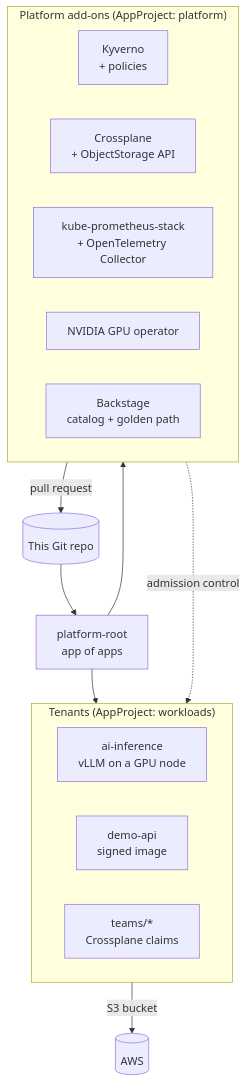
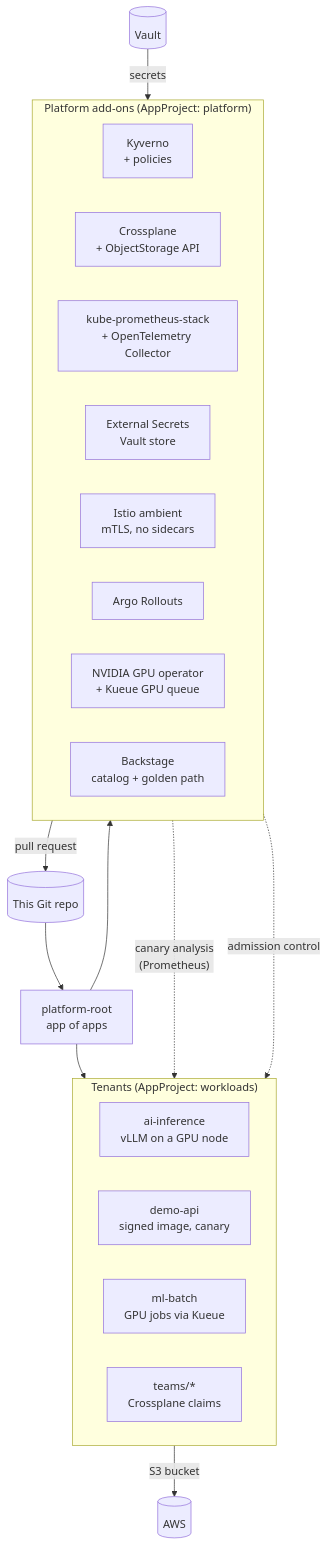
One commit to Engdarwish2019/platform-gitops changed the diagram in README.md. Above: the diagram before and after it, drawn with Mermaid. The commit also changed other lines of this file and 40 other files, not shown here.

````diff
--- a/README.md
+++ b/README.md
@@ -19,25 +22,31 @@
 ```mermaid
 flowchart TB
     git[(This Git repo)] --> root["platform-root<br/>app of apps"]
     root --> addons & tenants
 
     subgraph addons["Platform add-ons (AppProject: platform)"]
         direction LR
         kyv["Kyverno<br/>+ policies"]
         xp["Crossplane<br/>+ ObjectStorage API"]
         obs["kube-prometheus-stack<br/>+ OpenTelemetry Collector"]
-        gpu["NVIDIA GPU operator"]
+        eso["External Secrets<br/>Vault store"]
+        mesh["Istio ambient<br/>mTLS, no sidecars"]
+        ro["Argo Rollouts"]
+        gpu["NVIDIA GPU operator<br/>+ Kueue GPU queue"]
         bs["Backstage<br/>catalog + golden path"]
     end
 
     subgraph tenants["Tenants (AppProject: workloads)"]
         direction LR
         ai["ai-inference<br/>vLLM on a GPU node"]
-        demo["demo-api<br/>signed image"]
+        demo["demo-api<br/>signed image, canary"]
+        batch["ml-batch<br/>GPU jobs via Kueue"]
         claims["teams/*<br/>Crossplane claims"]
     end
 
     bs -- "pull request" --> git
     claims -- "S3 bucket" --> aws[(AWS)]
+    vault[(Vault)] -- "secrets" --> eso
     kyv -. "admission control" .-> tenants
+    ro -. "canary analysis<br/>(Prometheus)" .-> demo
 ```
````
